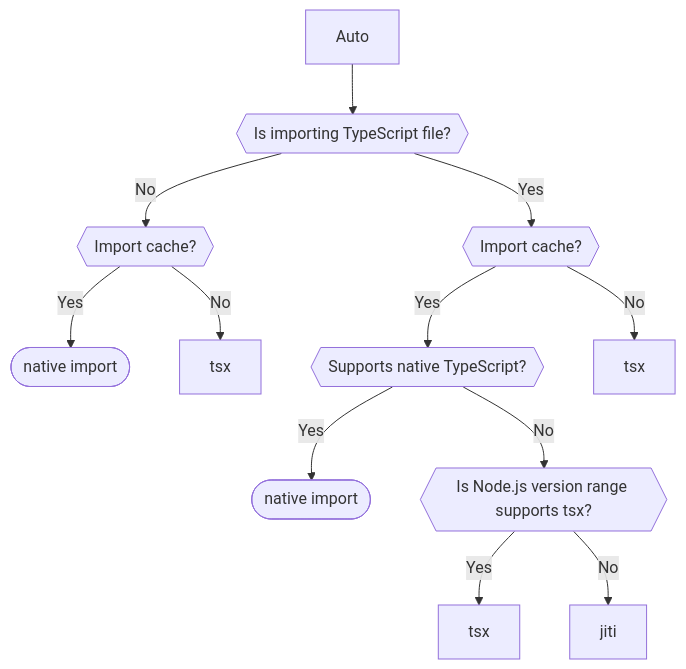
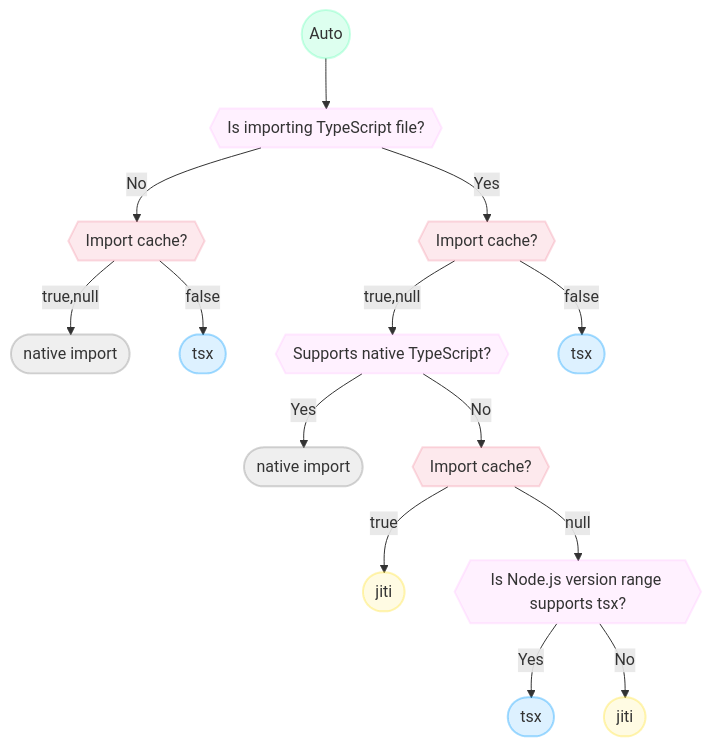
The diagram in README.md (antfu-collective/importx), drawn with Mermaid before and after one commit.

Commit message:
docs: coloring chart

````diff
--- a/README.md
+++ b/README.md
@@ -45,15 +45,30 @@
 ```mermaid
 graph TD
-  A[Auto] --> IsTS{{"Is importing TypeScript file?"}}
+  A((Auto)) --> IsTS{{"Is importing TypeScript file?"}}
   IsTS --> |No| Cache{{"Import cache?"}}
-  Cache --> |Yes| B([native import])
-  Cache --> |No| tsx1[tsx]
+  Cache --> |true,null| Native1([native import])
+  Cache --> |false| Tsx1([tsx])
 
   IsTS --> |Yes| Cache2{{"Import cache?"}}
-  Cache2 --> |Yes| D{{"Supports native TypeScript?"}}
-  Cache2 --> |No| tsx2[tsx]
-  D --> |Yes| E([native import])
-  D --> |No| F{{"Is Node.js version range supports tsx?"}}
-  F --> |Yes| G[tsx]
-  F --> |No| H[jiti]
+  Cache2 --> |true,null| D{{"Supports native TypeScript?"}}
+  Cache2 --> |false| Tsx2([tsx])
+  D --> |Yes| Native2([native import])
+  D --> |No| Cache3{{"Import cache?"}}
+  Cache3 --> |true| Jiti1([jiti])
+  Cache3 --> |null| F{{"Is Node.js version range supports tsx?"}}
+  F --> |Yes| Tsx3([tsx])
+  F --> |No| Jiti2([jiti])
+
+  classDef auto fill:#0f82,stroke:#0f83,stroke-width:2px;
+  classDef question fill:#f9f2,stroke:#f9f3,stroke-width:2px;
+  classDef cache fill:#eb527120,stroke:#eb527133,stroke-width:2px;
+  classDef native fill:#8882,stroke:#8883,stroke-width:2px;
+  classDef tsx fill:#09f2,stroke:#09f3,stroke-width:2px;
+  classDef jiti fill:#ffde2220,stroke:#ffde2230,stroke-width:2px;
+  class A auto;
+  class IsTS,D,F question;
+  class Cache,Cache2,Cache3 cache;
+  class Native1,Native2 native;
+  class Tsx1,Tsx2,Tsx3 tsx;
+  class Jiti1,Jiti2 jiti;
 ```
````
